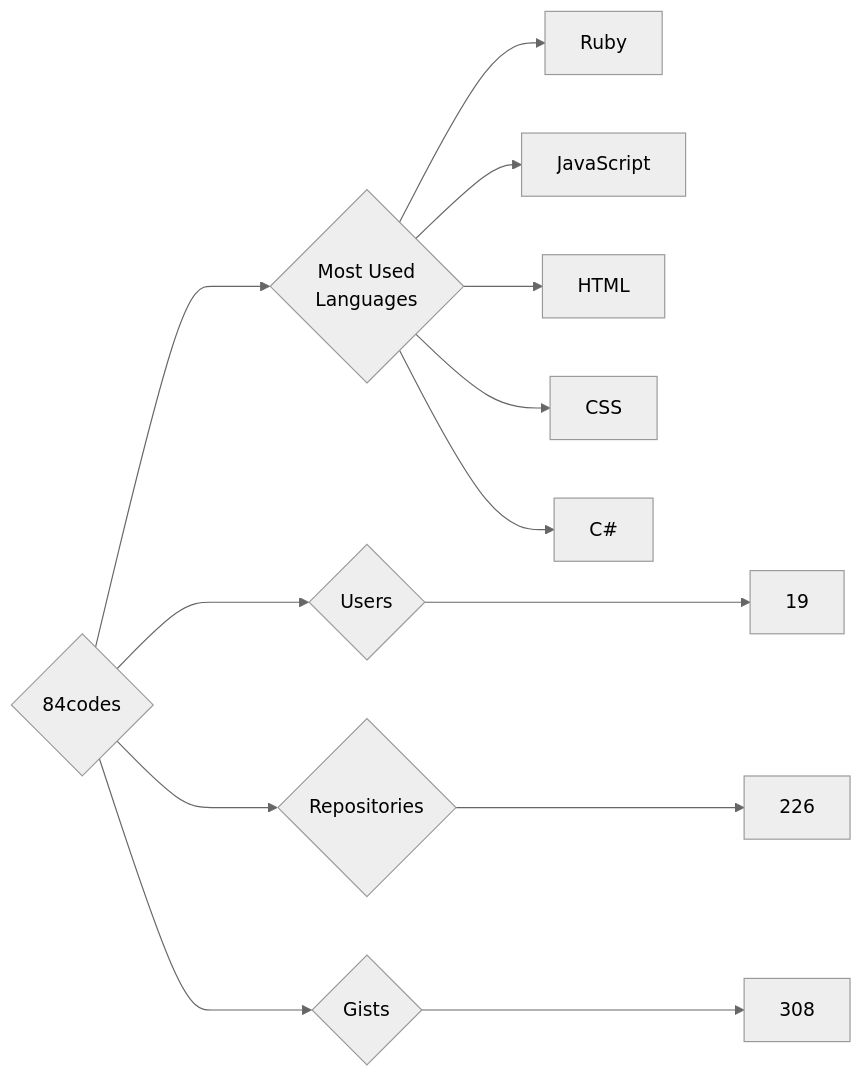
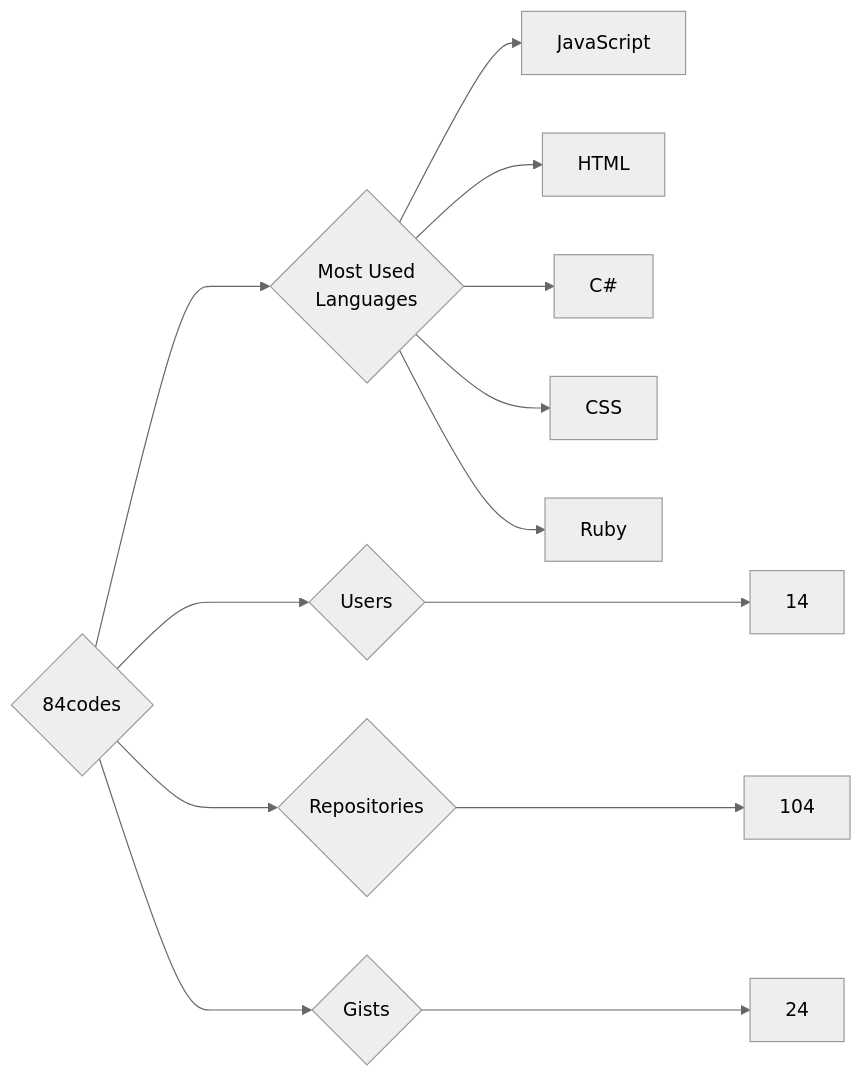
Before and after one commit to trickest/insiders: the diagram in targets/84codes/README.md, drawn with Mermaid (neutral theme). The commit also changed 934 other files, not shown here.

````diff
--- a/targets/84codes/README.md
+++ b/targets/84codes/README.md
@@ -3,13 +3,13 @@
 ```mermaid
 graph LR
 COMPANY_NAME{84codes}
-COMPANY_NAME ---> U{Users} ---> UN[19]
-COMPANY_NAME ---> R{Repositories} ---> RN[226]
-COMPANY_NAME ---> G{Gists} ---> GN[308]
+COMPANY_NAME ---> U{Users} ---> UN[14]
+COMPANY_NAME ---> R{Repositories} ---> RN[104]
+COMPANY_NAME ---> G{Gists} ---> GN[24]
 COMPANY_NAME ---> ML{Most Used<br>Languages}
-ML --> Ruby[Ruby]
 ML --> JavaScript[JavaScript]
 ML --> HTML[HTML]
+ML --> C#[C#]
 ML --> CSS[CSS]
-ML --> C#[C#]
+ML --> Ruby[Ruby]
 ```
````
